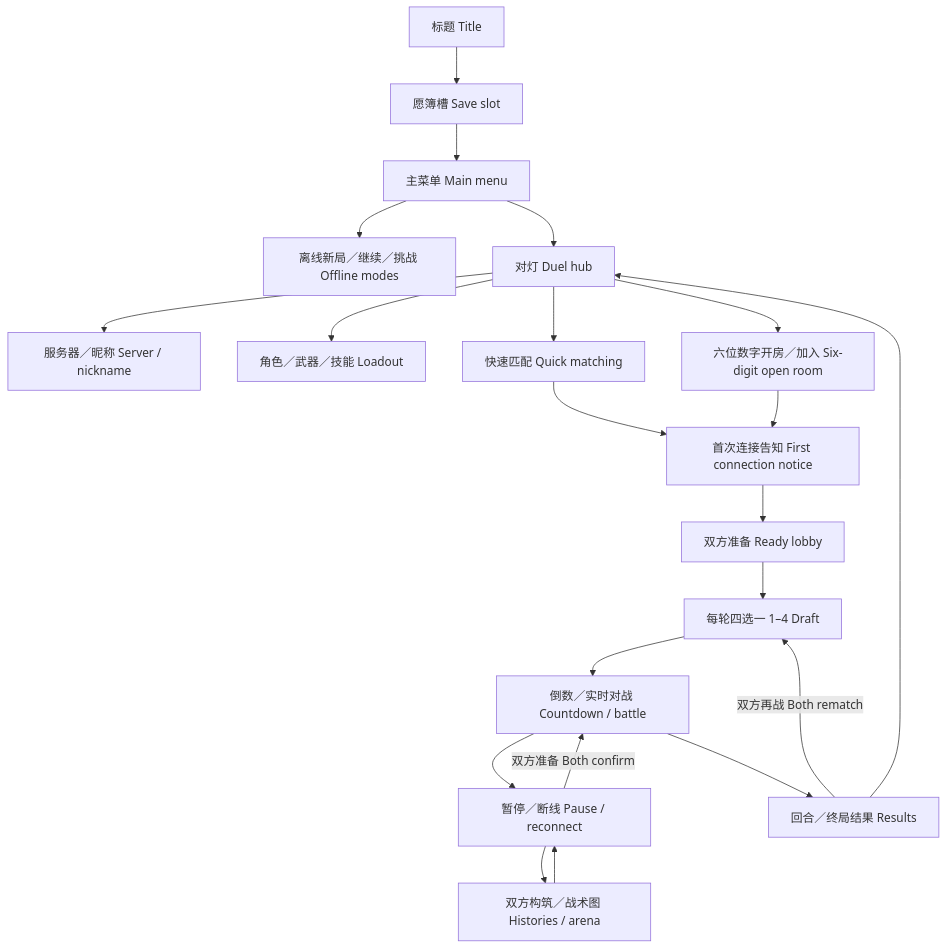
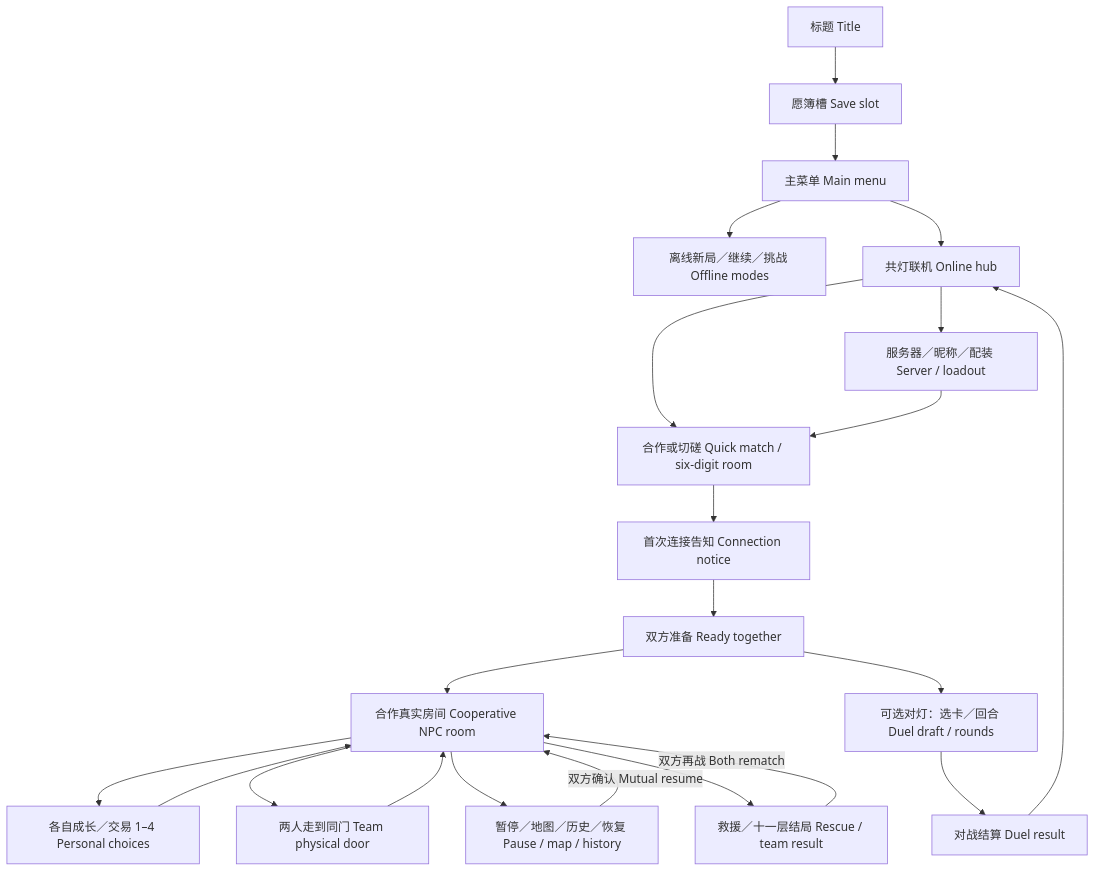
One commit to wikigsroom/joss-debt changed the diagram in README.md. Above: the diagram before and after it, drawn with Mermaid. The commit also changed other lines of this file and 102 other files, not shown here.

````diff
--- a/README.md
+++ b/README.md
@@ -407,23 +434,24 @@
 ```mermaid
 flowchart TD
     T[标题 Title] --> S[愿簿槽 Save slot]
     S --> M[主菜单 Main menu]
     M --> O[离线新局／继续／挑战 Offline modes]
-    M --> D[对灯 Duel hub]
-    D --> C[服务器／昵称 Server / nickname]
-    D --> L[角色／武器／技能 Loadout]
-    D --> Q[快速匹配 Quick matching]
-    D --> N[六位数字开房／加入 Six-digit open room]
-    Q --> A[首次连接告知 First connection notice]
-    N --> A
-    A --> R[双方准备 Ready lobby]
-    R --> F[每轮四选一 1–4 Draft]
-    F --> B[倒数／实时对战 Countdown / battle]
-    B --> P[暂停／断线 Pause / reconnect]
-    P --> H[双方构筑／战术图 Histories / arena]
-    H --> P
-    P -->|双方准备 Both confirm| B
-    B --> E[回合／终局结果 Results]
-    E -->|双方再战 Both rematch| F
-    E --> D
+    M --> H[共灯联机 Online hub]
+    H --> C[服务器／昵称／配装 Server / loadout]
+    H --> Q[合作或切磋 Quick match / six-digit room]
+    C --> Q
+    Q --> A[首次连接告知 Connection notice]
+    A --> R[双方准备 Ready together]
+    R --> K[合作真实房间 Cooperative NPC room]
+    K --> G[各自成长／交易 1–4 Personal choices]
+    G --> K
+    K --> N[两人走到同门 Team physical door]
+    N --> K
+    K --> P[暂停／地图／历史／恢复 Pause / map / history]
+    P -->|双方确认 Mutual resume| K
+    K --> V[救援／十一层结局 Rescue / team result]
+    V -->|双方再战 Both rematch| K
+    R --> D[可选对灯：选卡／回合 Duel draft / rounds]
+    D --> E[对战结算 Duel result]
+    E --> H
 ```
````
